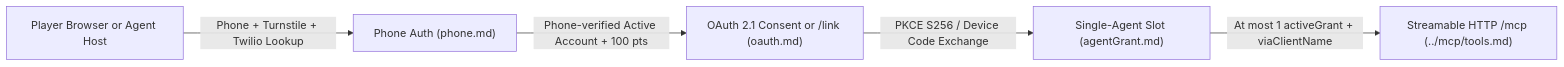
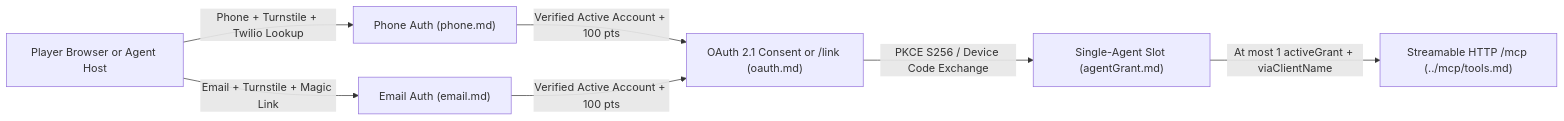
The diagram in spec/auth/index.md (feedforagents/feed), drawn with Mermaid before and after one commit. The commit also changed other lines of this file and 19 other files, not shown here.

Commit message:
feat(auth,db,spec): add Email Magic Link auth spec/backend, DB schema upgrades, and auth/OAuth security fixes

````diff
--- a/spec/auth/index.md
+++ b/spec/auth/index.md
@@ -18,7 +19,9 @@
 ```mermaid
 flowchart LR
   User["Player Browser or Agent Host"] -->|"Phone + Turnstile + Twilio Lookup"| Phone["Phone Auth (phone.md)"]
-  Phone -->|"Phone-verified Active Account + 100 pts"| Consent["OAuth 2.1 Consent or /link (oauth.md)"]
+  User -->|"Email + Turnstile + Magic Link"| Email["Email Auth (email.md)"]
+  Phone -->|"Verified Active Account + 100 pts"| Consent["OAuth 2.1 Consent or /link (oauth.md)"]
+  Email -->|"Verified Active Account + 100 pts"| Consent
   Consent -->|"PKCE S256 / Device Code Exchange"| Grant["Single-Agent Slot (agentGrant.md)"]
   Grant -->|"At most 1 activeGrant + viaClientName"| Mcp["Streamable HTTP /mcp (../mcp/tools.md)"]
 ```
````
